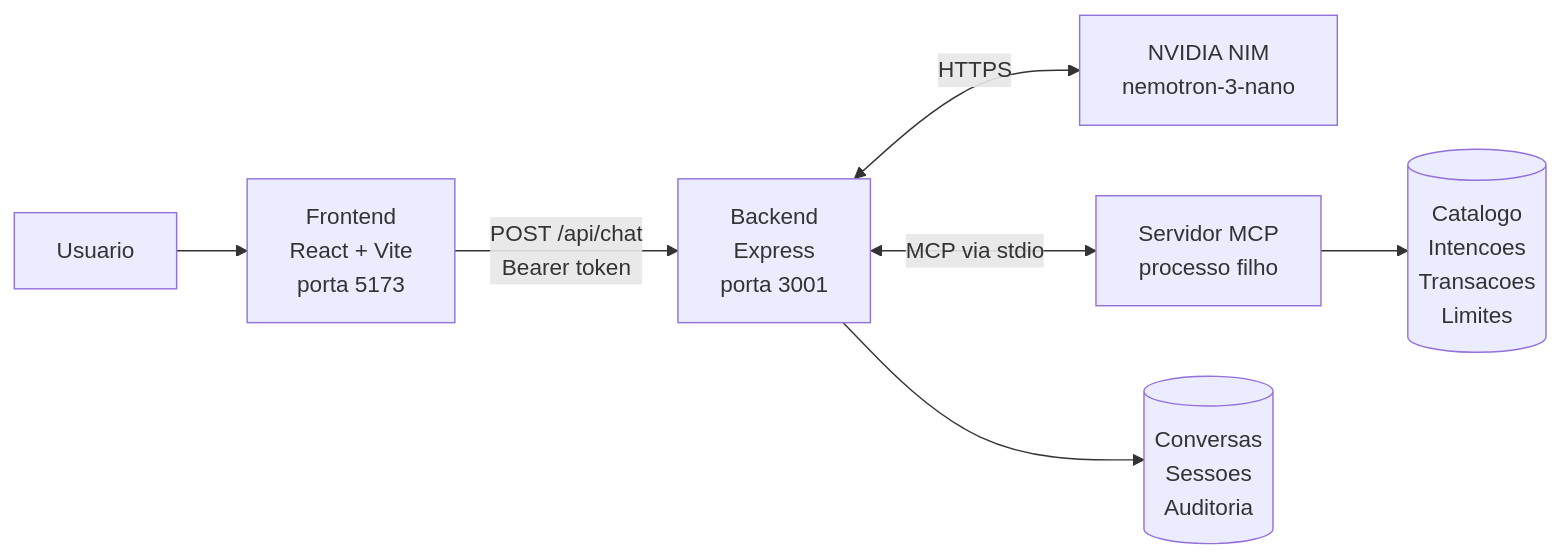
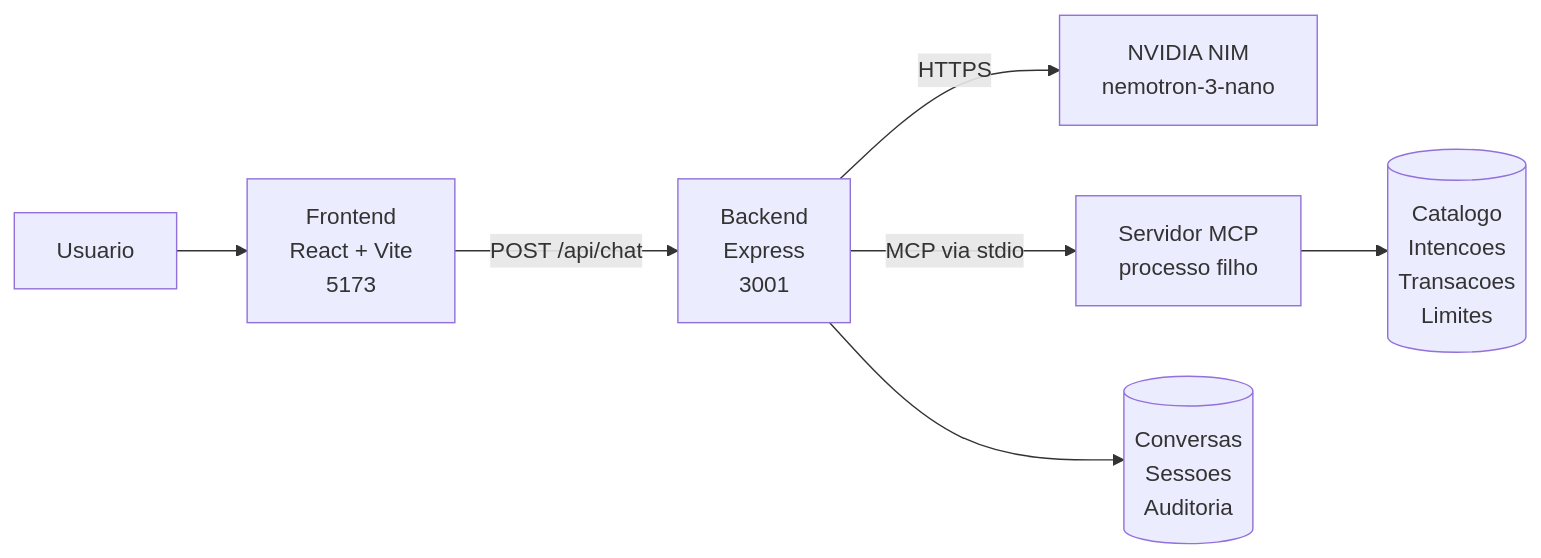
The first of 5 diagrams in docs/arquitetura.md (robertfabio/agentic-payments), drawn with Mermaid before and after one commit. The commit also changed 1 other file, not shown here.

Commit message:
docs: simplifica os diagramas para renderizar em qualquer versao

````diff
--- a/docs/arquitetura.md
+++ b/docs/arquitetura.md
@@ -8,9 +8,9 @@
 ```mermaid
 flowchart LR
-    U[Usuario] --> F[Frontend<br/>React + Vite<br/>porta 5173]
-    F -->|"POST /api/chat<br/>Bearer token"| B[Backend<br/>Express<br/>porta 3001]
-    B <-->|"HTTPS"| L[NVIDIA NIM<br/>nemotron-3-nano]
-    B <-->|"MCP via stdio"| M[Servidor MCP<br/>processo filho]
+    U[Usuario] --> F[Frontend<br/>React + Vite<br/>5173]
+    F -->|POST /api/chat| B[Backend<br/>Express<br/>3001]
+    B -->|HTTPS| L[NVIDIA NIM<br/>nemotron-3-nano]
+    B -->|MCP via stdio| M[Servidor MCP<br/>processo filho]
     M --> C[(Catalogo<br/>Intencoes<br/>Transacoes<br/>Limites)]
     B --> A[(Conversas<br/>Sessoes<br/>Auditoria)]
 ```
````
